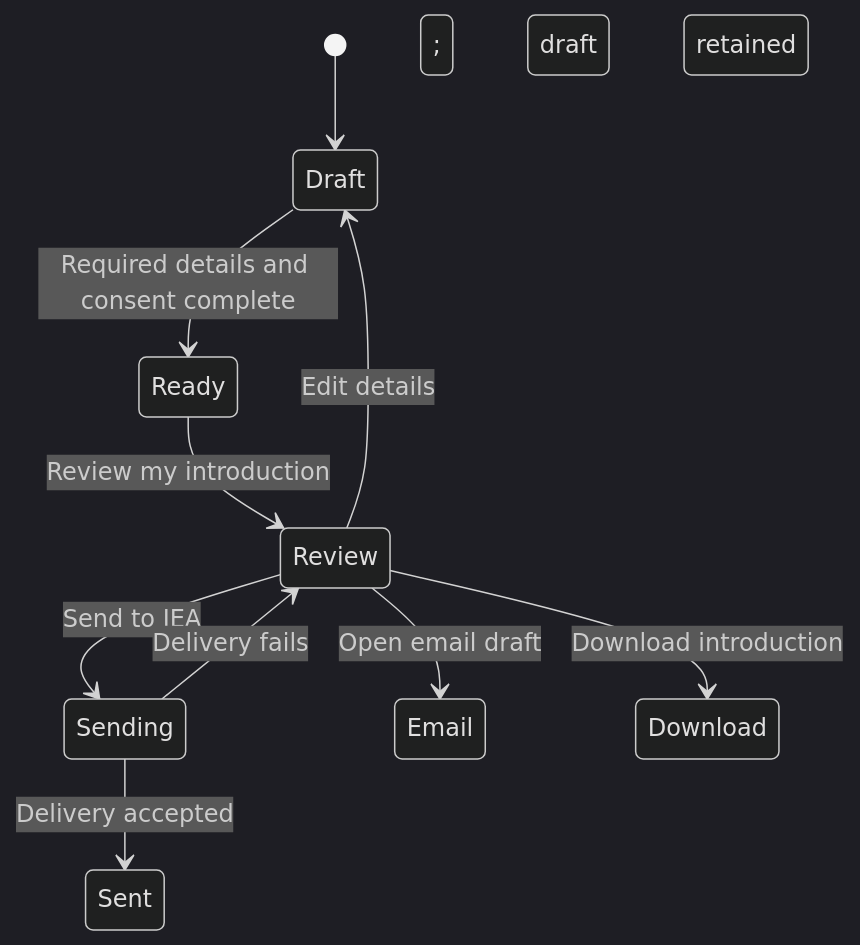
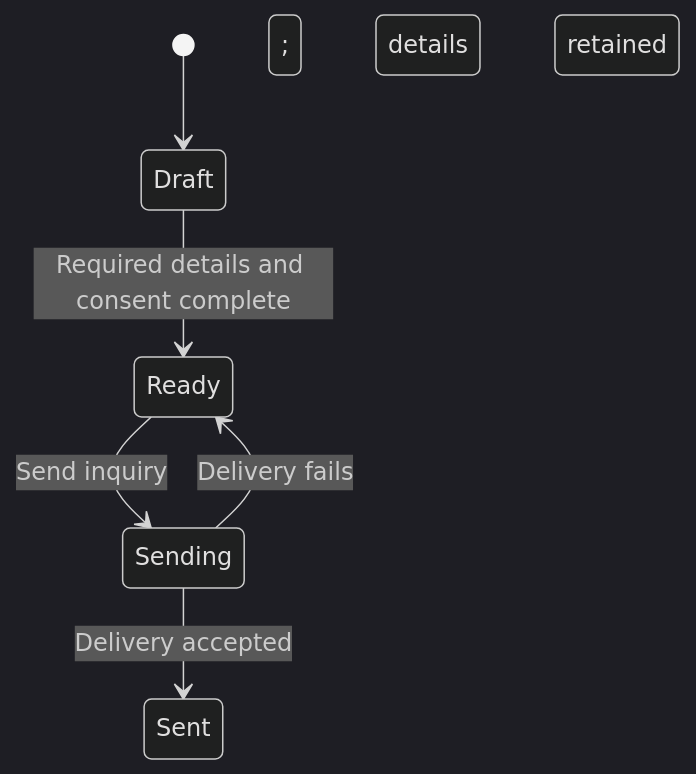
One commit to smeltery/jeabizdev.com changed the diagram in docs/guides/inquiries.md. Above: the diagram before and after it, drawn with Mermaid (dark theme). The commit also changed other lines of this file and 11 other files, not shown here.

Commit message:
fix: simplify inquiry delivery and reset after successful sends

````diff
--- a/docs/guides/inquiries.md
+++ b/docs/guides/inquiries.md
@@ -17,12 +17,8 @@
 ```mermaid
 stateDiagram-v2
   [*] --> Draft
   Draft --> Ready: Required details and consent complete
-  Ready --> Review: Review my introduction
-  Review --> Draft: Edit details
-  Review --> Sending: Send to JEA
+  Ready --> Sending: Send inquiry
   Sending --> Sent: Delivery accepted
-  Sending --> Review: Delivery fails; draft retained
-  Review --> Email: Open email draft
-  Review --> Download: Download introduction
+  Sending --> Ready: Delivery fails; details retained
 ```
````
